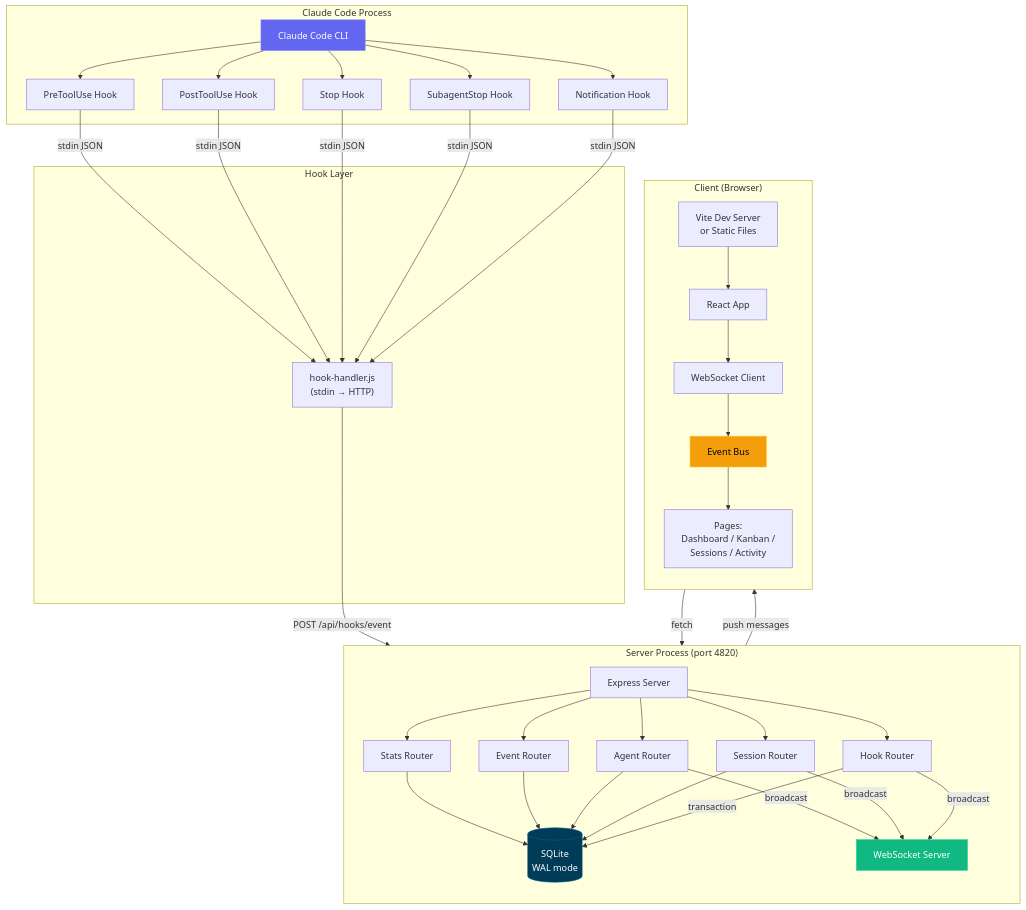
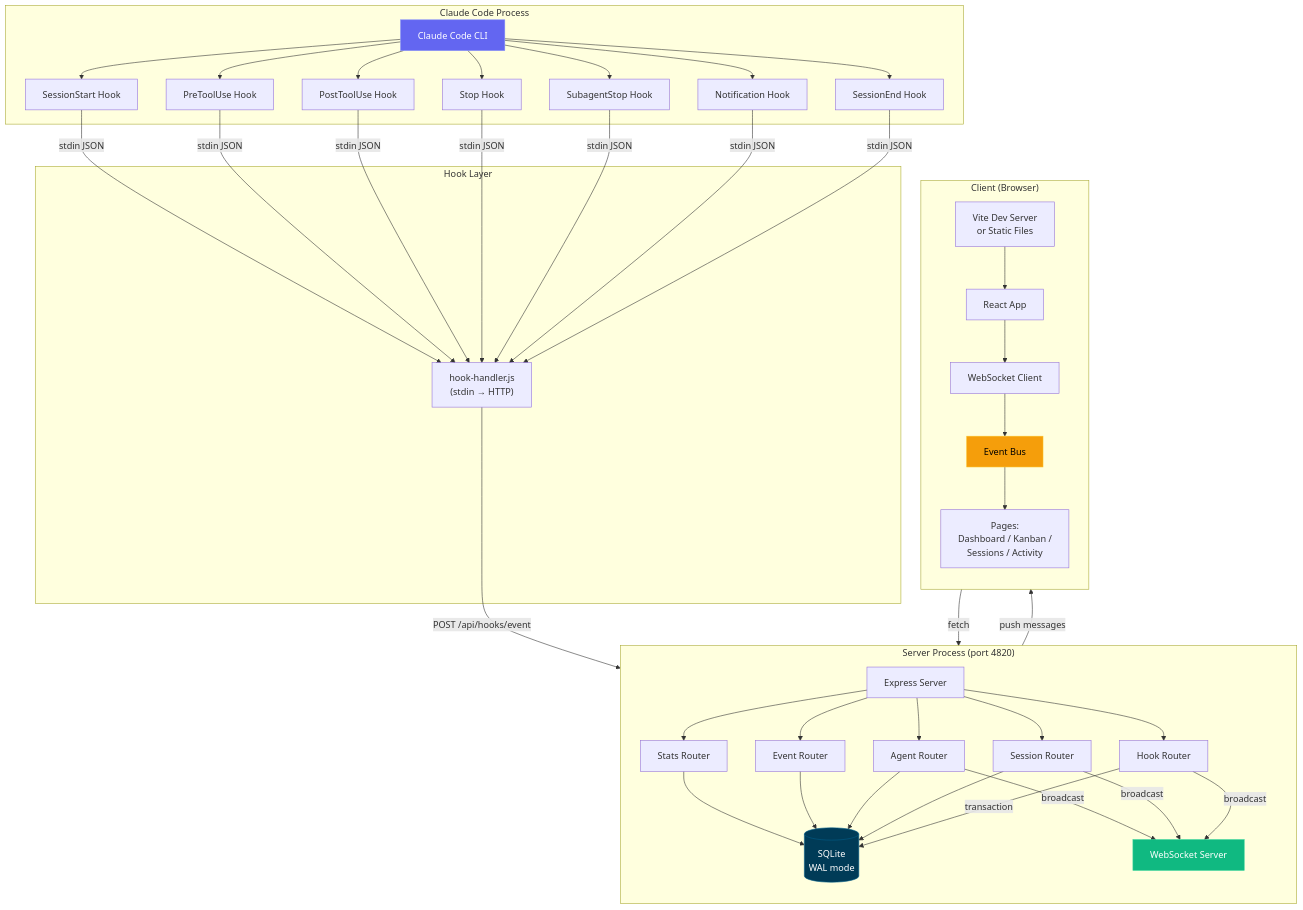
The second of 21 diagrams in ARCHITECTURE.md (mirkanu/gsd-dashboard), drawn with Mermaid before and after one commit. The commit also changed other lines of this file and 20 other files, not shown here.

````diff
--- a/ARCHITECTURE.md
+++ b/ARCHITECTURE.md
@@ -75,58 +75,60 @@
 ```mermaid
 graph TB
     subgraph "Claude Code Process"
         CC[Claude Code CLI]
+        H0[SessionStart Hook]
         H1[PreToolUse Hook]
         H2[PostToolUse Hook]
         H3[Stop Hook]
         H4[SubagentStop Hook]
         H5[Notification Hook]
-        CC --> H1 & H2 & H3 & H4 & H5
+        H6[SessionEnd Hook]
+        CC --> H0 & H1 & H2 & H3 & H4 & H5 & H6
     end
 
     subgraph "Hook Layer"
         HH["hook-handler.js<br/>(stdin → HTTP)"]
-        H1 & H2 & H3 & H4 & H5 -->|stdin JSON| HH
+        H0 & H1 & H2 & H3 & H4 & H5 & H6 -->|stdin JSON| HH
     end
 
     subgraph "Server Process (port 4820)"
         direction TB
         EX[Express Server]
         HR[Hook Router]
         SR[Session Router]
         AR[Agent Router]
         ER[Event Router]
         STR[Stats Router]
         DB[(SQLite<br/>WAL mode)]
         WSS[WebSocket Server]
 
         EX --> HR & SR & AR & ER & STR
         HR -->|transaction| DB
         SR & AR & ER & STR --> DB
         HR -->|broadcast| WSS
         SR & AR -->|broadcast| WSS
     end
 
     subgraph "Client (Browser)"
         direction TB
         VITE[Vite Dev Server<br/>or Static Files]
         APP[React App]
         WS_CLIENT[WebSocket Client]
         EB[Event Bus]
         PAGES[Pages:<br/>Dashboard / Kanban /<br/>Sessions / Activity]
 
         VITE --> APP
         APP --> WS_CLIENT
         WS_CLIENT --> EB
         EB --> PAGES
         PAGES -->|fetch| EX
     end
 
     HH -->|"POST /api/hooks/event"| HR
     WSS -->|push messages| WS_CLIENT
 
     style CC fill:#6366f1,stroke:#818cf8,color:#fff
     style DB fill:#003B57,stroke:#005f8a,color:#fff
     style WSS fill:#10b981,stroke:#34d399,color:#fff
     style EB fill:#f59e0b,stroke:#fbbf24,color:#000
 ```
````
